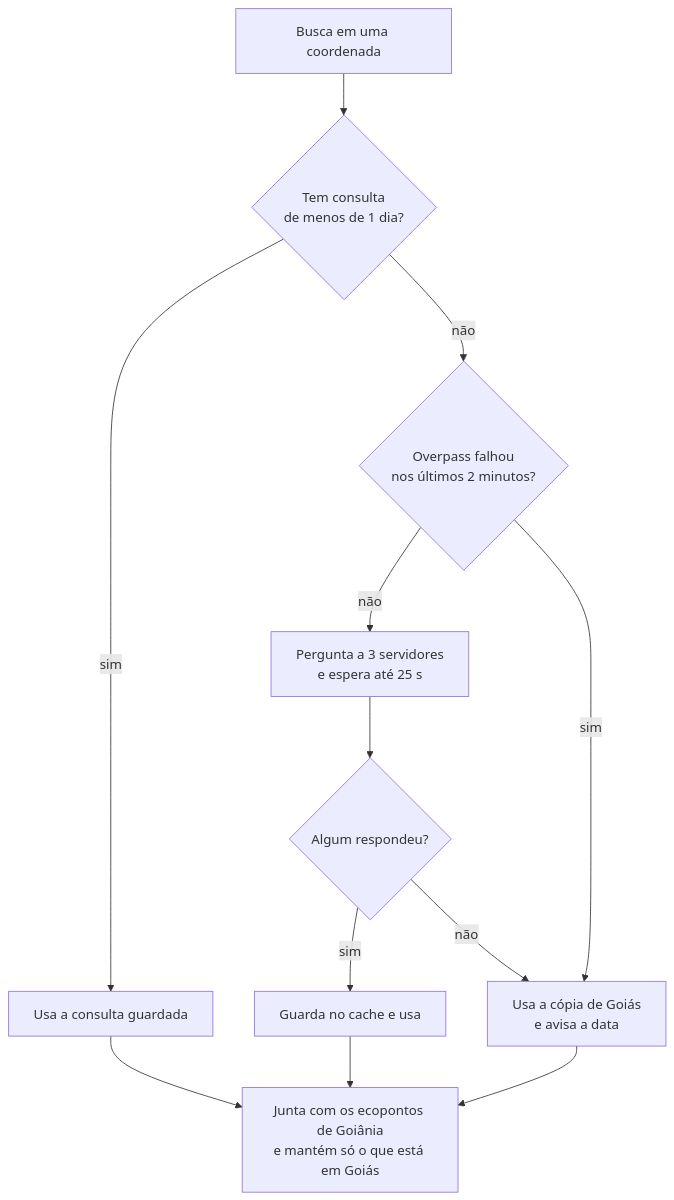
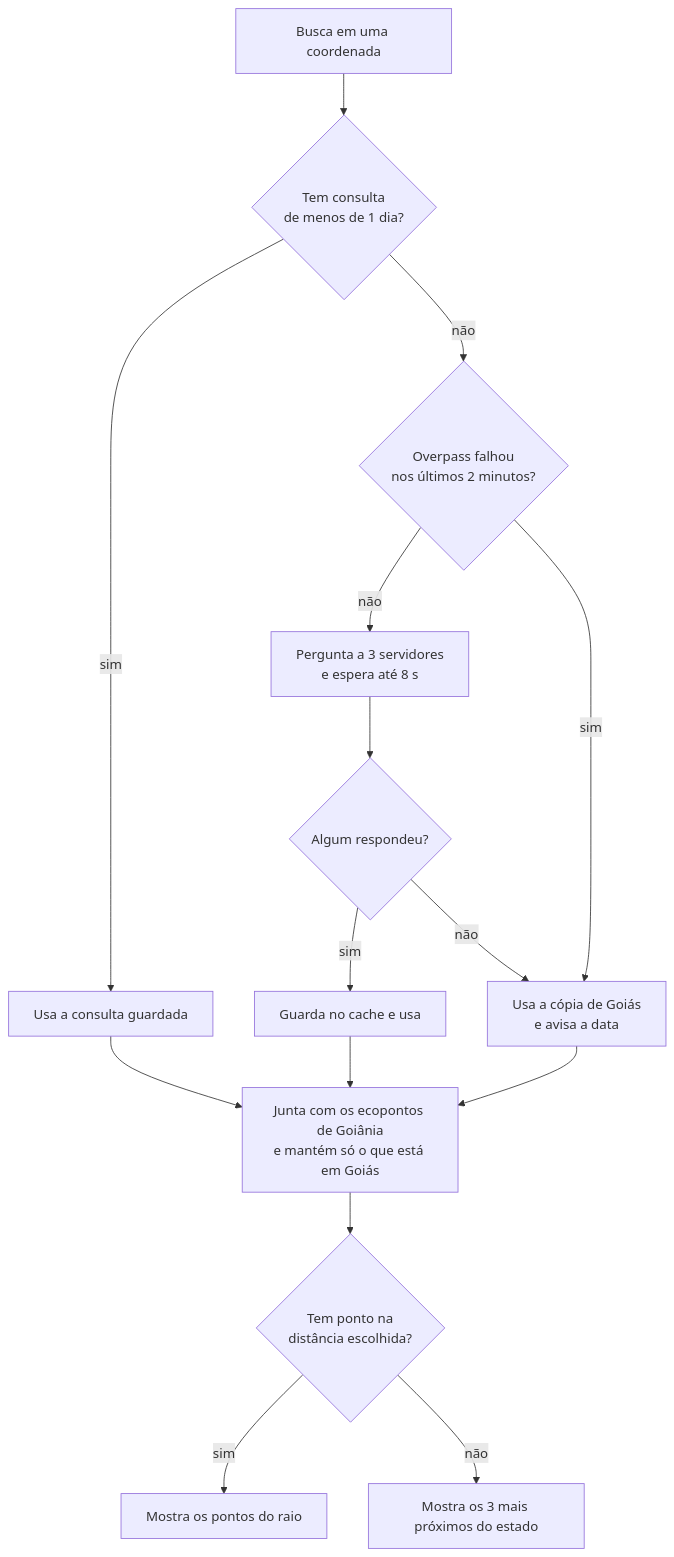
Before and after one commit to GustasSilva/residuogo: the third of 4 diagrams in docs/DIAGRAMAS.md, drawn with Mermaid. The commit also changed other lines of this file and 22 other files, not shown here.

````diff
--- a/docs/DIAGRAMAS.md
+++ b/docs/DIAGRAMAS.md
@@ -70,14 +70,17 @@
 ```mermaid
 flowchart TD
     inicio["Busca em uma coordenada"] --> cache{"Tem consulta<br/>de menos de 1 dia?"}
     cache -- sim --> usar["Usa a consulta guardada"]
     cache -- não --> falhou{"Overpass falhou<br/>nos últimos 2 minutos?"}
-    falhou -- não --> perguntar["Pergunta a 3 servidores<br/>e espera até 25 s"]
+    falhou -- não --> perguntar["Pergunta a 3 servidores<br/>e espera até 8 s"]
     perguntar --> respondeu{"Algum respondeu?"}
     respondeu -- sim --> guardar["Guarda no cache e usa"]
     respondeu -- não --> copia["Usa a cópia de Goiás<br/>e avisa a data"]
     falhou -- sim --> copia
     usar --> final["Junta com os ecopontos de Goiânia<br/>e mantém só o que está em Goiás"]
     guardar --> final
     copia --> final
+    final --> raio{"Tem ponto na<br/>distância escolhida?"}
+    raio -- sim --> lista["Mostra os pontos do raio"]
+    raio -- não --> proximos["Mostra os 3 mais próximos do estado"]
 ```
````
